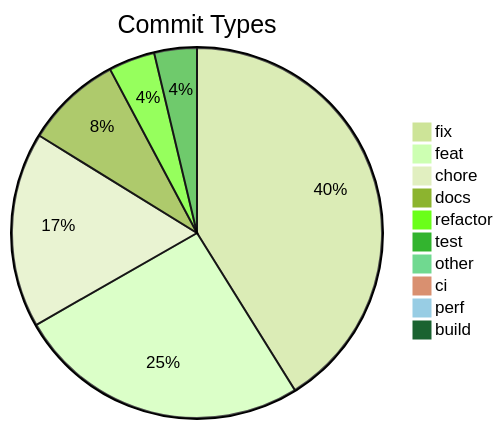
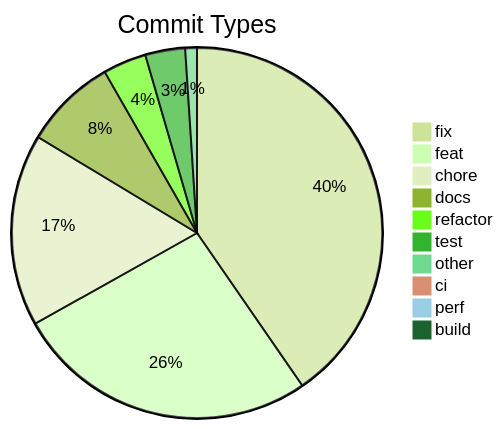
Before and after one commit to svenroth-ai/shipwright-webui: the diagram in .shipwright/compliance/change-history.md, drawn with Mermaid (forest theme). The commit also changed other lines of this file and 126 other files, not shown here.

````diff
--- a/.shipwright/compliance/change-history.md
+++ b/.shipwright/compliance/change-history.md
@@ -10,13 +10,13 @@
 ```mermaid
 pie title Commit Types
-    "fix" : 376
-    "feat" : 234
-    "chore" : 156
-    "docs" : 77
+    "fix" : 395
+    "feat" : 259
+    "chore" : 164
+    "docs" : 79
     "refactor" : 37
     "test" : 34
-    "other" : 9
+    "other" : 10
     "ci" : 8
     "perf" : 5
     "build" : 1
 ```
````
